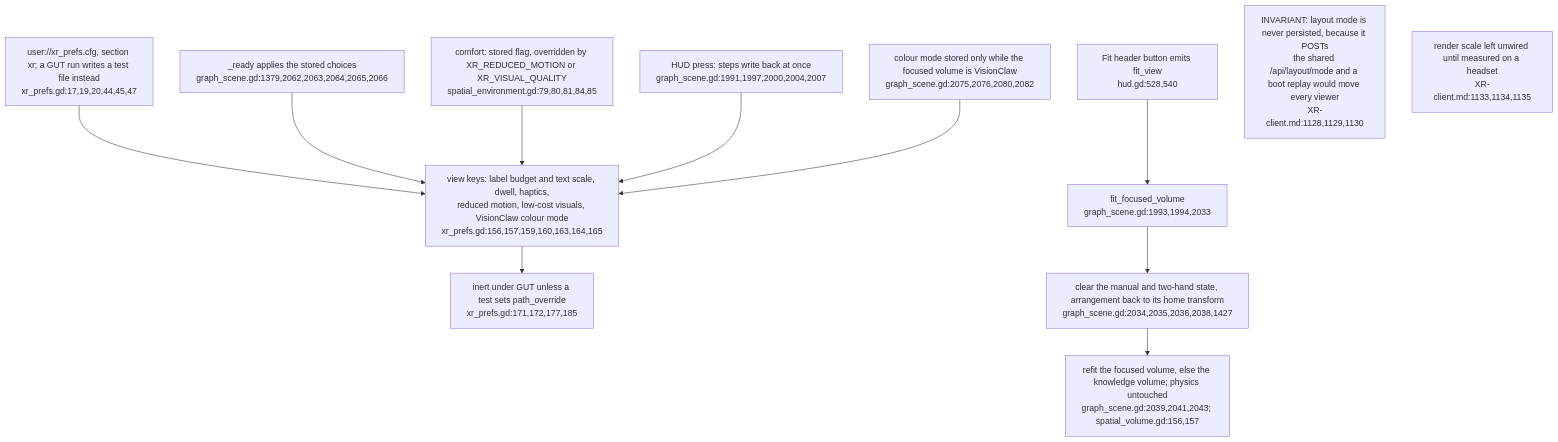
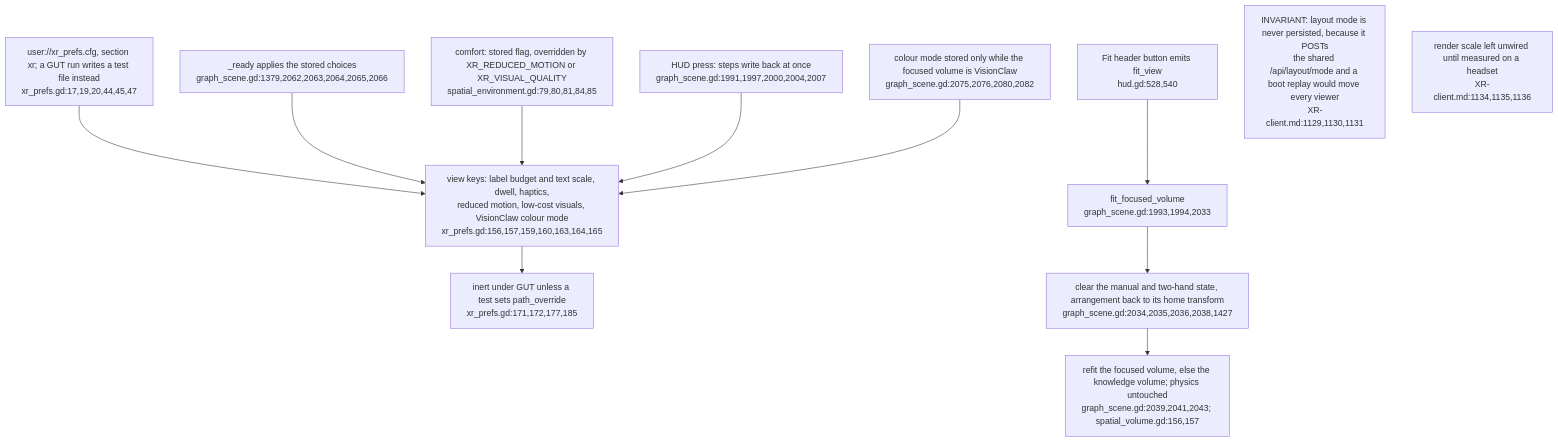
Before and after one commit to DreamLab-AI/VisionFlow: diagram 29 of 30 in docs/diagrams/visionclaw/36-godot-xr-client.md, drawn with Mermaid. The commit also changed other lines of this file and 46 other files, not shown here.

Commit message:
docs(diagrams): re-verify VisionClaw topics at 809a859aa/a950f4d80 after the consolidation pass

````diff
--- a/docs/diagrams/visionclaw/36-godot-xr-client.md
+++ b/docs/diagrams/visionclaw/36-godot-xr-client.md
@@ -1398,15 +1413,15 @@
 ```mermaid
 flowchart TD
     FILE["user://xr_prefs.cfg, section xr; a GUT run writes a test file instead<br/>xr_prefs.gd:17,19,20,44,45,47"] --> KEYS
     KEYS["view keys: label budget and text scale, dwell, haptics,<br/>reduced motion, low-cost visuals, VisionClaw colour mode<br/>xr_prefs.gd:156,157,159,160,163,164,165"]
     KEYS --> LIVE["inert under GUT unless a test sets path_override<br/>xr_prefs.gd:171,172,177,185"]
     BOOT["_ready applies the stored choices<br/>graph_scene.gd:1379,2062,2063,2064,2065,2066"] --> KEYS
     ENV["comfort: stored flag, overridden by XR_REDUCED_MOTION or XR_VISUAL_QUALITY<br/>spatial_environment.gd:79,80,81,84,85"] --> KEYS
     PRESS["HUD press: steps write back at once<br/>graph_scene.gd:1991,1997,2000,2004,2007"] --> KEYS
     COL["colour mode stored only while the focused volume is VisionClaw<br/>graph_scene.gd:2075,2076,2080,2082"] --> KEYS
     FIT["Fit header button emits fit_view<br/>hud.gd:528,540"] --> FV["fit_focused_volume<br/>graph_scene.gd:1993,1994,2033"]
     FV --> UNDO["clear the manual and two-hand state, arrangement back to its home transform<br/>graph_scene.gd:2034,2035,2036,2038,1427"]
     UNDO --> REFIT["refit the focused volume, else the knowledge volume; physics untouched<br/>graph_scene.gd:2039,2041,2043; spatial_volume.gd:156,157"]
-    NOT["INVARIANT: layout mode is never persisted, because it POSTs<br/>the shared /api/layout/mode and a boot replay would move every viewer<br/>XR-client.md:1128,1129,1130"]
-    RS["render scale left unwired until measured on a headset<br/>XR-client.md:1133,1134,1135"]
+    NOT["INVARIANT: layout mode is never persisted, because it POSTs<br/>the shared /api/layout/mode and a boot replay would move every viewer<br/>XR-client.md:1129,1130,1131"]
+    RS["render scale left unwired until measured on a headset<br/>XR-client.md:1134,1135,1136"]
 ```
````
